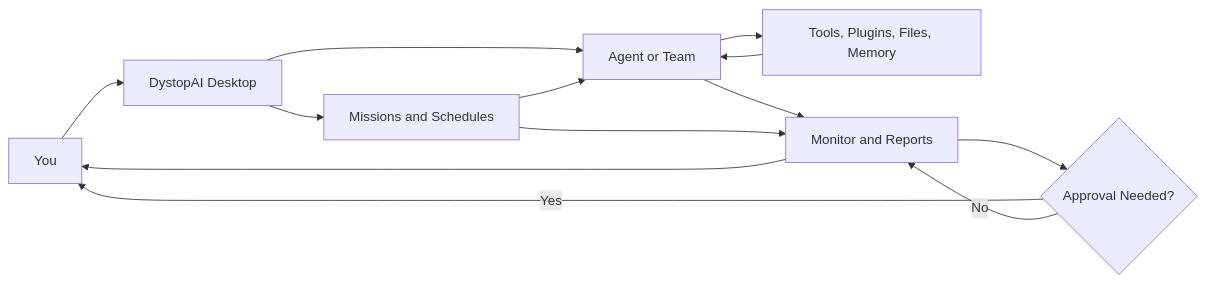
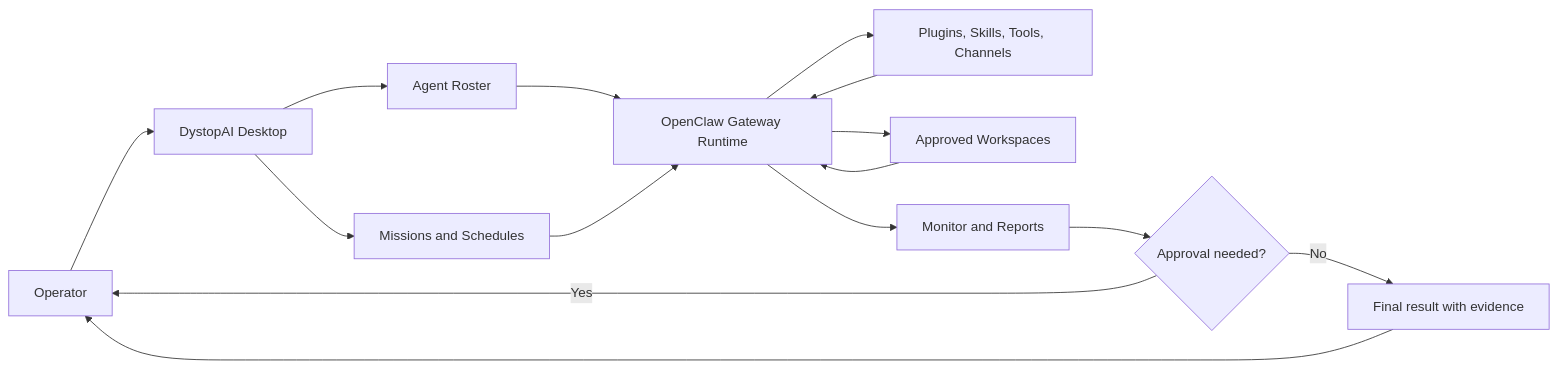
One commit to hotboysupreme12-hash/Automnia-AI-Nexus changed the diagram in README.md. Above: the diagram before and after it, drawn with Mermaid. The commit also changed other lines of this file, not shown here.

````diff
--- a/README.md
+++ b/README.md
@@ -311,15 +143,17 @@
 ```mermaid
 flowchart LR
-  You[You] --> Desktop[DystopAI Desktop]
-  Desktop --> Mission[Missions and Schedules]
-  Desktop --> Agent[Agent or Team]
-  Mission --> Agent
-  Agent --> Powers[Tools, Plugins, Files, Memory]
-  Powers --> Agent
-  Agent --> Monitor[Monitor and Reports]
-  Mission --> Monitor
-  Monitor --> You
-  Monitor --> Approval{Approval Needed?}
-  Approval -->|Yes| You
-  Approval -->|No| Monitor
+  You[Operator] --> Desktop[DystopAI Desktop]
+  Desktop --> Agents[Agent Roster]
+  Desktop --> Missions[Missions and Schedules]
+  Agents --> Runtime[OpenClaw Gateway Runtime]
+  Missions --> Runtime
+  Runtime --> Plugins[Plugins, Skills, Tools, Channels]
+  Runtime --> Files[Approved Workspaces]
+  Plugins --> Runtime
+  Files --> Runtime
+  Runtime --> Monitor[Monitor and Reports]
+  Monitor --> Approvals{Approval needed?}
+  Approvals -->|Yes| You
+  Approvals -->|No| Results[Final result with evidence]
+  Results --> You
 ```
````
